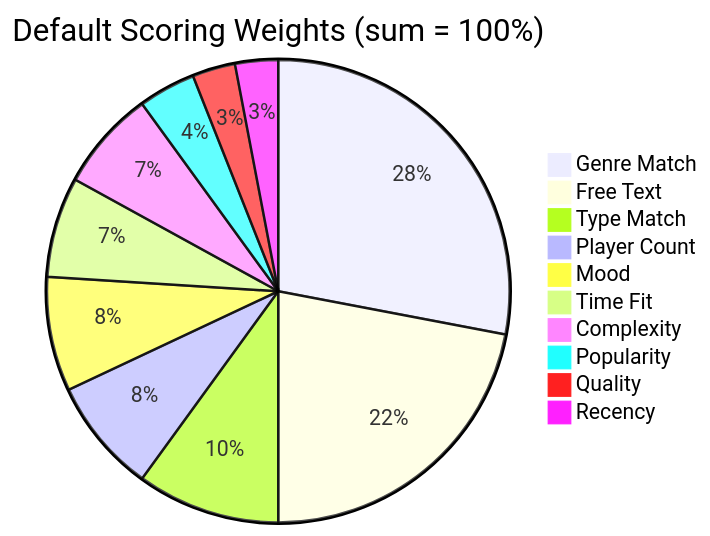
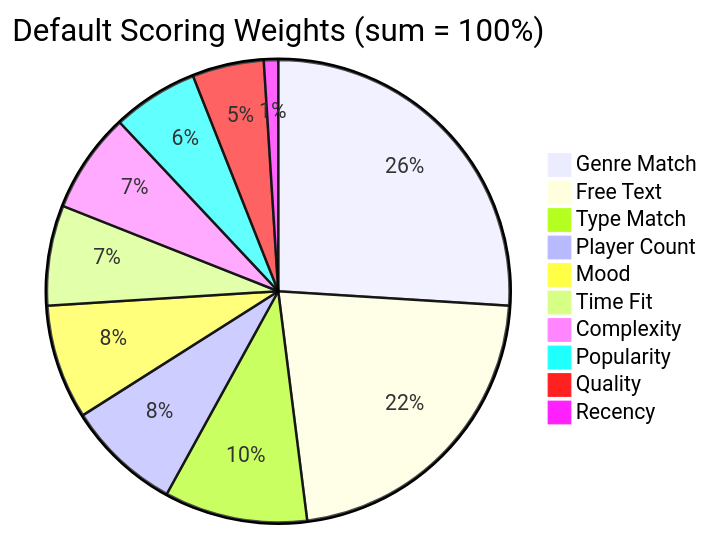
Before and after one commit to stopitdan/recommendagame: the sixth of 7 diagrams in docs/ARCHITECTURE.md, drawn with Mermaid. The commit also changed 17 other files, not shown here.

````diff
--- a/docs/ARCHITECTURE.md
+++ b/docs/ARCHITECTURE.md
@@ -241,13 +241,13 @@
 ```mermaid
 pie title Default Scoring Weights (sum = 100%)
-    "Genre Match" : 28
+    "Genre Match" : 26
     "Free Text" : 22
     "Type Match" : 10
     "Player Count" : 8
     "Mood" : 8
     "Time Fit" : 7
     "Complexity" : 7
-    "Popularity" : 4
-    "Quality" : 3
-    "Recency" : 3
+    "Popularity" : 6
+    "Quality" : 5
+    "Recency" : 1
 ```
````
